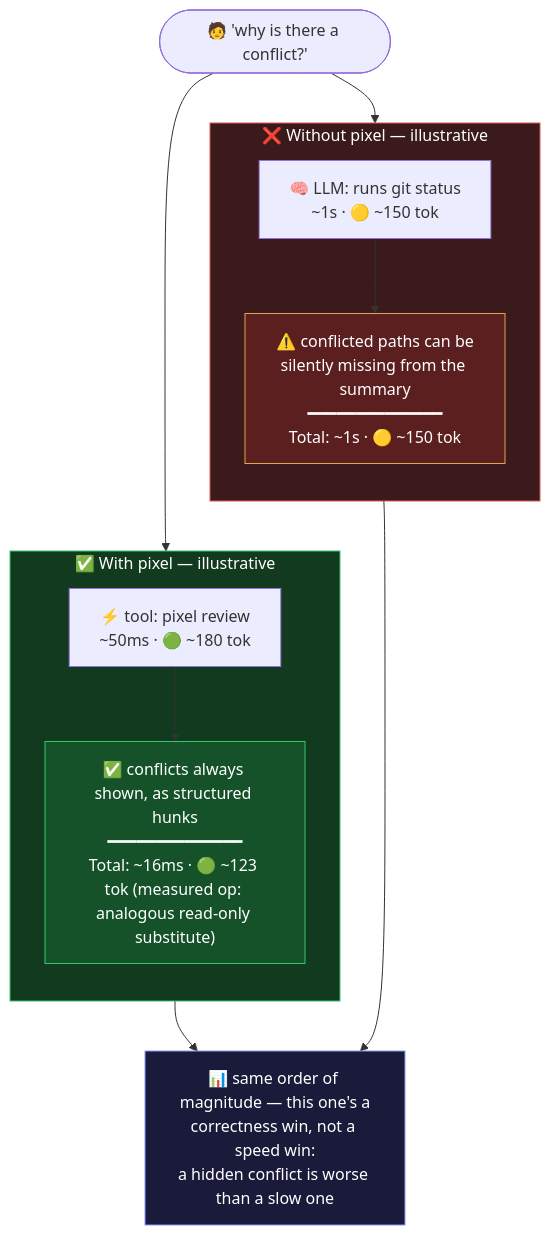
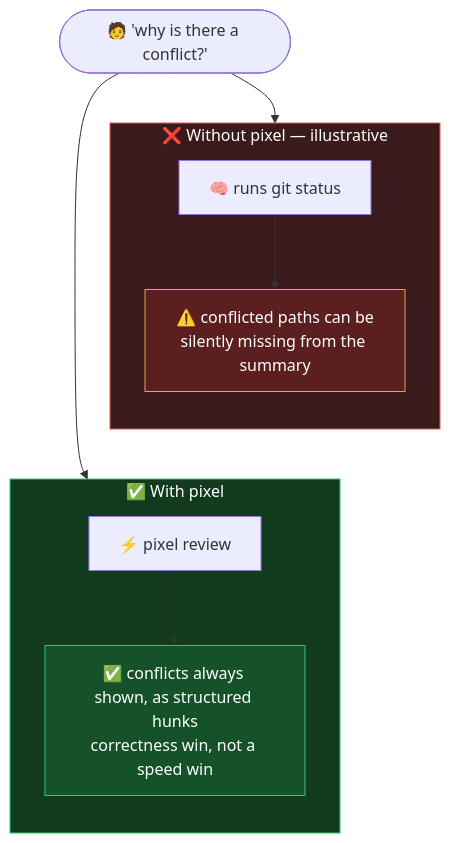
The diagram in docs/examples/10-review-conflicts.mmd (Pixel-CLI/pixel), drawn with Mermaid before and after one commit. The commit also changed 21 other files, not shown here.

Commit message:
docs: condense README, add origin story, refresh diagrams

```diff
--- a/docs/examples/10-review-conflicts.mmd
+++ b/docs/examples/10-review-conflicts.mmd
@@ -1,28 +1,21 @@
 flowchart TD
     Ask(["🧑 'why is there a conflict?'"])
     Ask --> w1
     Ask --> p1
     w1 ~~~ p1
 
     subgraph W ["❌ Without pixel — illustrative"]
         direction TB
-        w1["🧠 LLM: runs git status<br/>~1s · 🟡 ~150 tok"]
-        w1 --> w5["⚠️ conflicted paths can be<br/>silently missing from the summary<br/>━━━━━━━━━━━━━━<br/>Total: ~1s · 🟡 ~150 tok"]
+        w1["🧠 runs git status"] --> w5["⚠️ conflicted paths can be<br/>silently missing from the summary"]
     end
 
-    subgraph P ["✅ With pixel — illustrative"]
+    subgraph P ["✅ With pixel"]
         direction TB
-        p1["⚡ tool: pixel review<br/>~50ms · 🟢 ~180 tok"]
-        p1 --> p3["✅ conflicts always shown, as structured hunks<br/>━━━━━━━━━━━━━━<br/>Total: ~16ms · 🟢 ~123 tok (measured op: analogous read-only substitute)"]
+        p1["⚡ pixel review"] --> p3["✅ conflicts always shown, as structured hunks<br/>correctness win, not a speed win"]
     end
-
-    w5 --> Recap
-    p3 --> Recap
-    Recap["📊 same order of magnitude — this one's a<br/>correctness win, not a speed win:<br/>a hidden conflict is worse than a slow one"]
 
     style W fill:#3a1a1a,stroke:#e05555,color:#fff
     style P fill:#123a1e,stroke:#33c76a,color:#fff
     style w5 fill:#5c1f1f,stroke:#e0a555,color:#fff
     style p3 fill:#155229,stroke:#33c76a,color:#fff
-    style Recap fill:#1a1a3a,stroke:#8899ff,color:#fff
     linkStyle 2 stroke-width:0px
```
